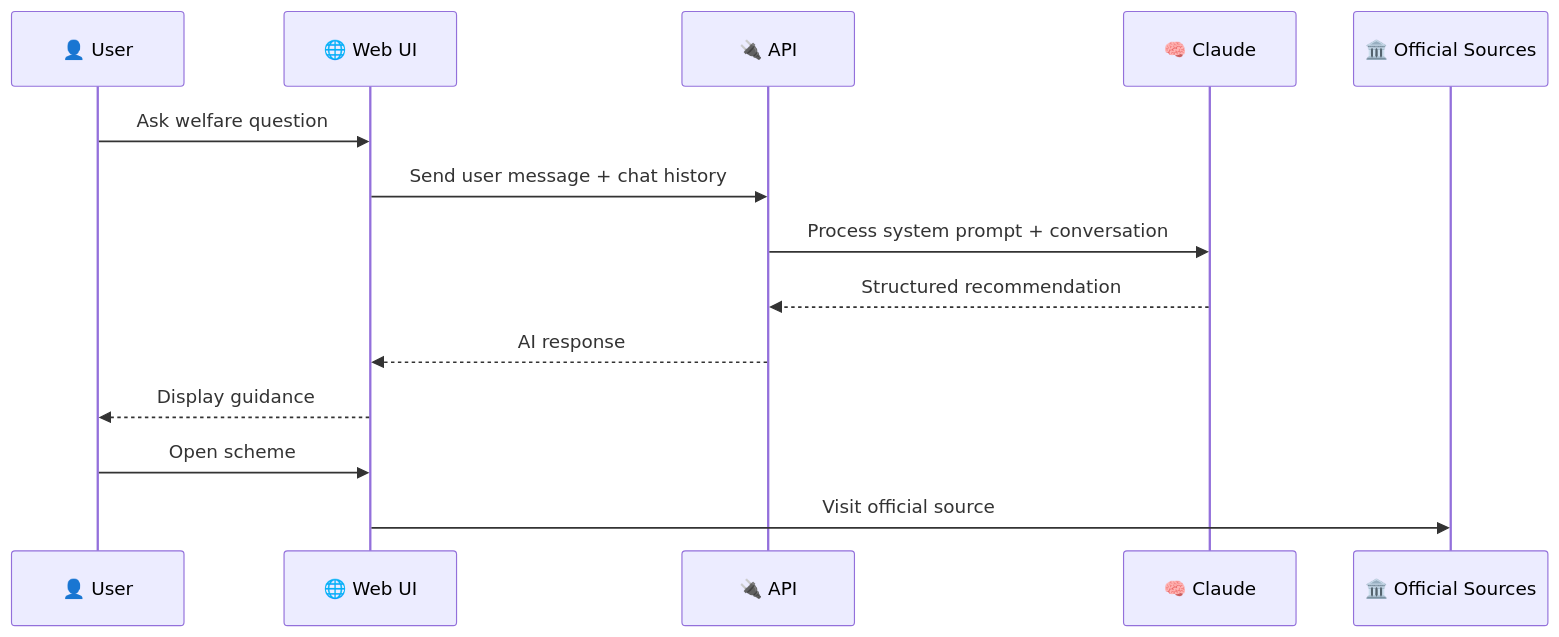
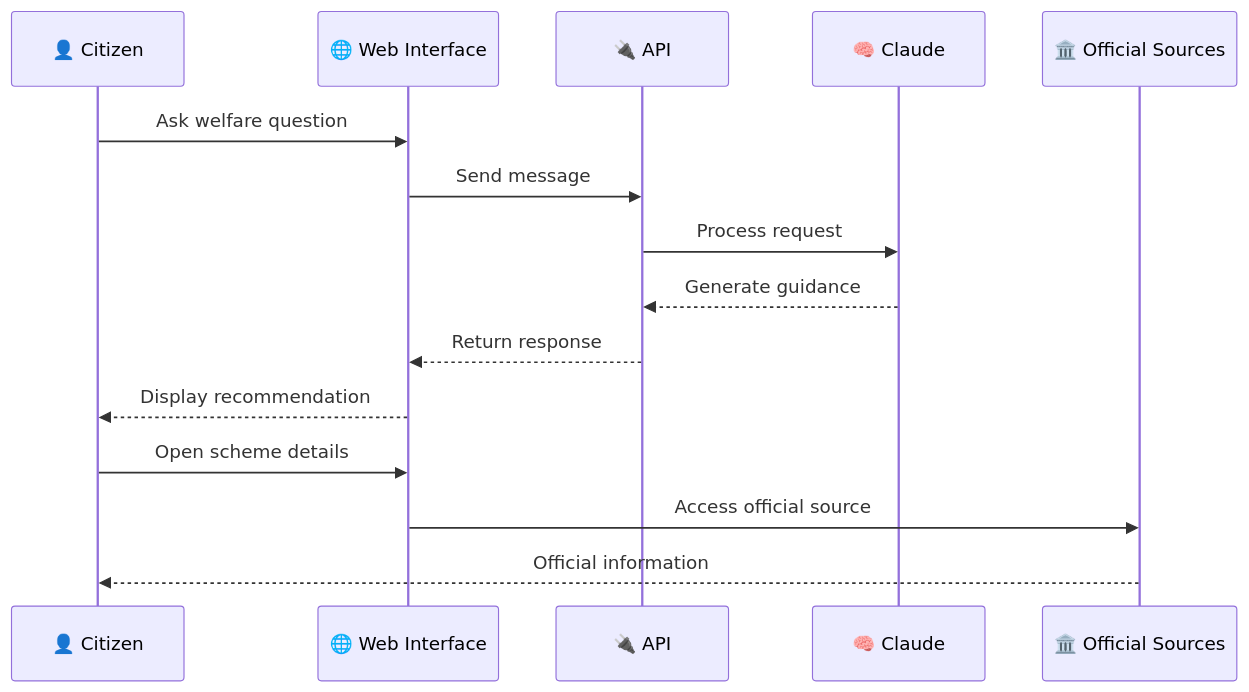
The third of 4 diagrams in README.md (AravindInish/Nalathita-Nanban-AI), drawn with Mermaid before and after one commit. The commit also changed other lines of this file, not shown here.

````diff
--- a/README.md
+++ b/README.md
@@ -298,18 +293,20 @@
 ```mermaid
 sequenceDiagram
 
-    participant U as 👤 User
-    participant UI as 🌐 Web UI
+    participant U as 👤 Citizen
+    participant UI as 🌐 Web Interface
     participant API as 🔌 API
     participant AI as 🧠 Claude
-    participant S as 🏛️ Official Sources
+    participant GOV as 🏛️ Official Sources
 
     U->>UI: Ask welfare question
-    UI->>API: Send user message + chat history
-    API->>AI: Process system prompt + conversation
-    AI-->>API: Structured recommendation
-    API-->>UI: AI response
-    UI-->>U: Display guidance
-    U->>UI: Open scheme
-    UI->>S: Visit official source
+    UI->>API: Send message
+    API->>AI: Process request
+    AI-->>API: Generate guidance
+    API-->>UI: Return response
+    UI-->>U: Display recommendation
+
+    U->>UI: Open scheme details
+    UI->>GOV: Access official source
+    GOV-->>U: Official information
 ```
````
